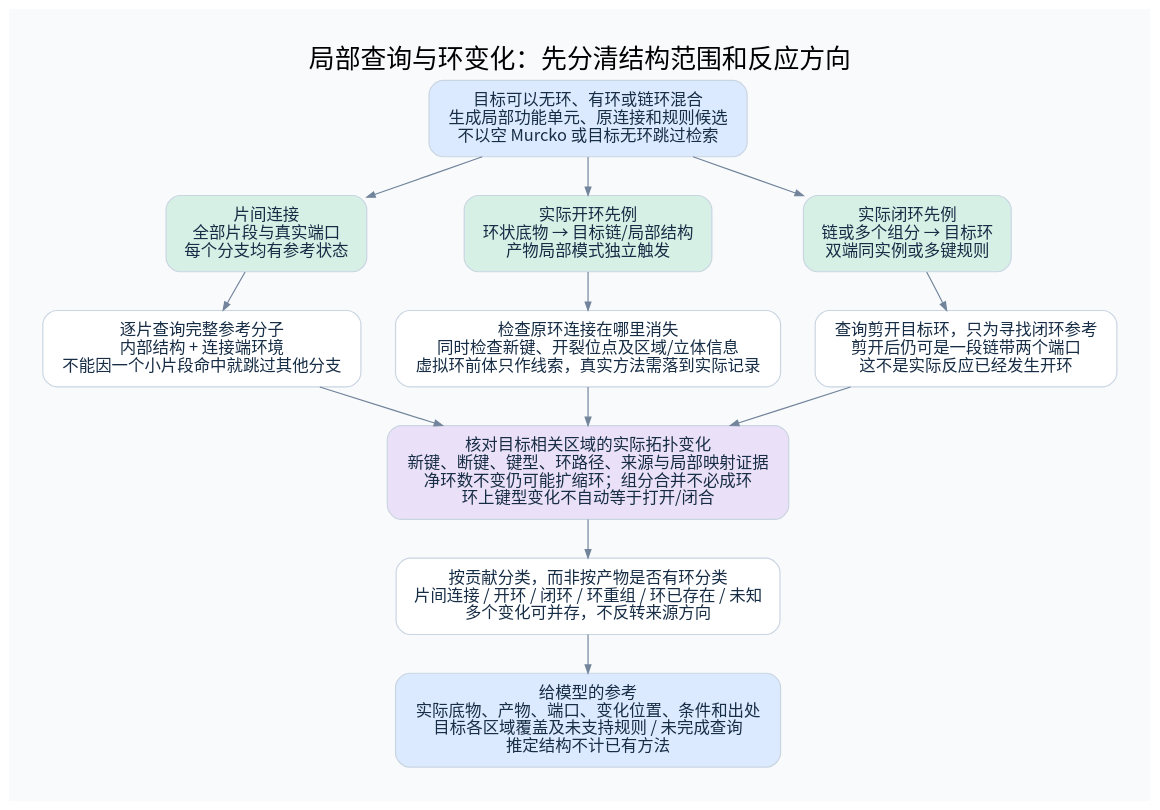
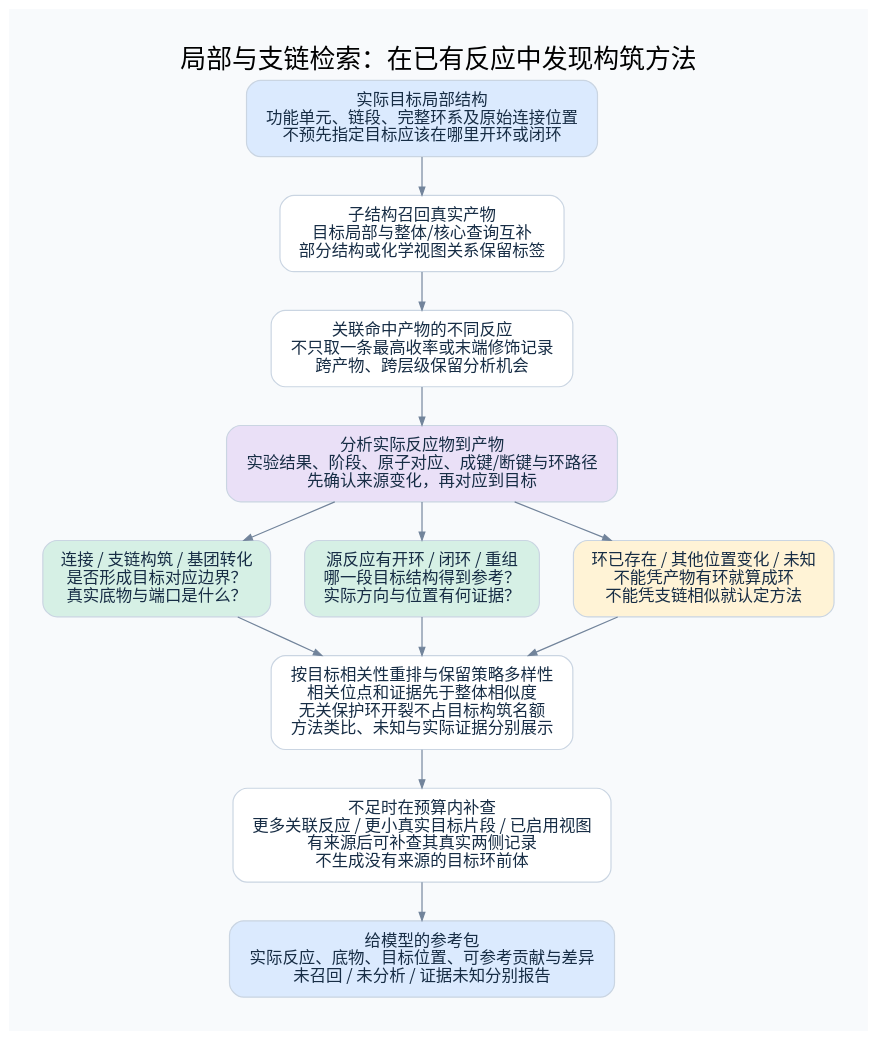
One commit to 825728139/substructure_search changed the diagram in diagrams/fragment-retrieval.dot. Above: the diagram before and after it, drawn with Graphviz. The commit also changed 17 other files, not shown here.

```diff
--- a/diagrams/fragment-retrieval.dot
+++ b/diagrams/fragment-retrieval.dot
@@ -1,44 +1,44 @@
 digraph G {
 
 graph [rankdir=TB, bgcolor="#F8FAFC", pad="0.4", nodesep="0.40", ranksep="0.46", fontname="Noto Sans CJK SC", fontsize=22, labelloc=t];
 node [shape=box, style="rounded,filled", fillcolor="white", color="#CAD5E2", fontcolor="#172D45", fontname="Noto Sans CJK SC", fontsize=14, margin="0.20,0.14"];
 edge [color="#72849B", arrowsize=0.7, fontname="Noto Sans CJK SC", fontsize=11, fontcolor="#526477"];
 
-label="局部查询与环变化：先分清结构范围和反应方向";
-a [label="目标可以无环、有环或链环混合
-生成局部功能单元、原连接和规则候选
-不以空 Murcko 或目标无环跳过检索", fillcolor="#DBEAFE"];
-connect [label="片间连接
-全部片段与真实端口
-每个分支均有参考状态", fillcolor="#D6F0E5"];
-opening [label="实际开环先例
-环状底物 → 目标链/局部结构
-产物局部模式独立触发", fillcolor="#D6F0E5"];
-closing [label="实际闭环先例
-链或多个组分 → 目标环
-双端同实例或多键规则", fillcolor="#D6F0E5"];
-ct [label="逐片查询完整参考分子
-内部结构 + 连接端环境
-不能因一个小片段命中就跳过其他分支"];
-op [label="检查原环连接在哪里消失
-同时检查新键、开裂位点及区域/立体信息
-虚拟环前体只作线索，真实方法需落到实际记录"];
-cl [label="查询剪开目标环，只为寻找闭环参考
-剪开后仍可是一段链带两个端口
-这不是实际反应已经发生开环"];
-verify [label="核对目标相关区域的实际拓扑变化
-新键、断键、键型、环路径、来源与局部映射证据
-净环数不变仍可能扩缩环；组分合并不必成环
-环上键型变化不自动等于打开/闭合", fillcolor="#EAE0F7"];
-classify [label="按贡献分类，而非按产物是否有环分类
-片间连接 / 开环 / 闭环 / 环重组 / 环已存在 / 未知
-多个变化可并存，不反转来源方向"];
-result [label="给模型的参考
-实际底物、产物、端口、变化位置、条件和出处
-目标各区域覆盖及未支持规则 / 未完成查询
-推定结构不计已有方法", fillcolor="#DBEAFE"];
-a -> connect; a -> opening; a -> closing;
-connect -> ct; opening -> op; closing -> cl;
-ct -> verify; op -> verify; cl -> verify;
-verify -> classify -> result;
+label="局部与支链检索：在已有反应中发现构筑方法";
+a [label="实际目标局部结构
+功能单元、链段、完整环系及原始连接位置
+不预先指定目标应该在哪里开环或闭环", fillcolor="#DBEAFE"];
+b [label="子结构召回真实产物
+目标局部与整体/核心查询互补
+部分结构或化学视图关系保留标签"];
+c [label="关联命中产物的不同反应
+不只取一条最高收率或末端修饰记录
+跨产物、跨层级保留分析机会"];
+d [label="分析实际反应物到产物
+实验结果、阶段、原子对应、成键/断键与环路径
+先确认来源变化，再对应到目标", fillcolor="#EAE0F7"];
+link [label="连接 / 支链构筑 / 基团转化
+是否形成目标对应边界？
+真实底物与端口是什么？", fillcolor="#D6F0E5"];
+ring [label="源反应有开环 / 闭环 / 重组
+哪一段目标结构得到参考？
+实际方向与位置有何证据？", fillcolor="#D6F0E5"];
+other [label="环已存在 / 其他位置变化 / 未知
+不能凭产物有环就算成环
+不能凭支链相似就认定方法", fillcolor="#FFF3D6"];
+e [label="按目标相关性重排与保留策略多样性
+相关位点和证据先于整体相似度
+无关保护环开裂不占目标构筑名额
+方法类比、未知与实际证据分别展示"];
+f [label="不足时在预算内补查
+更多关联反应 / 更小真实目标片段 / 已启用视图
+有来源后可补查其真实两侧记录
+不生成没有来源的目标环前体"];
+g [label="给模型的参考包
+实际反应、底物、目标位置、可参考贡献与差异
+未召回 / 未分析 / 证据未知分别报告", fillcolor="#DBEAFE"];
+a -> b -> c -> d;
+d -> link; d -> ring; d -> other;
+link -> e; ring -> e; other -> e;
+e -> f -> g;
 }
```
